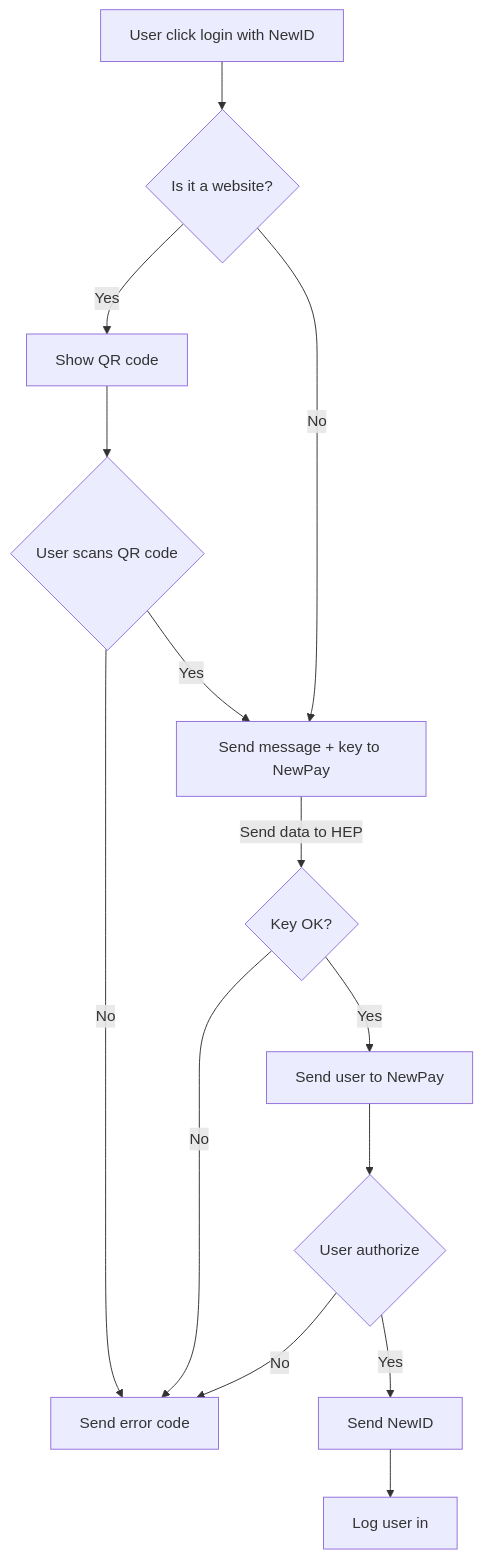
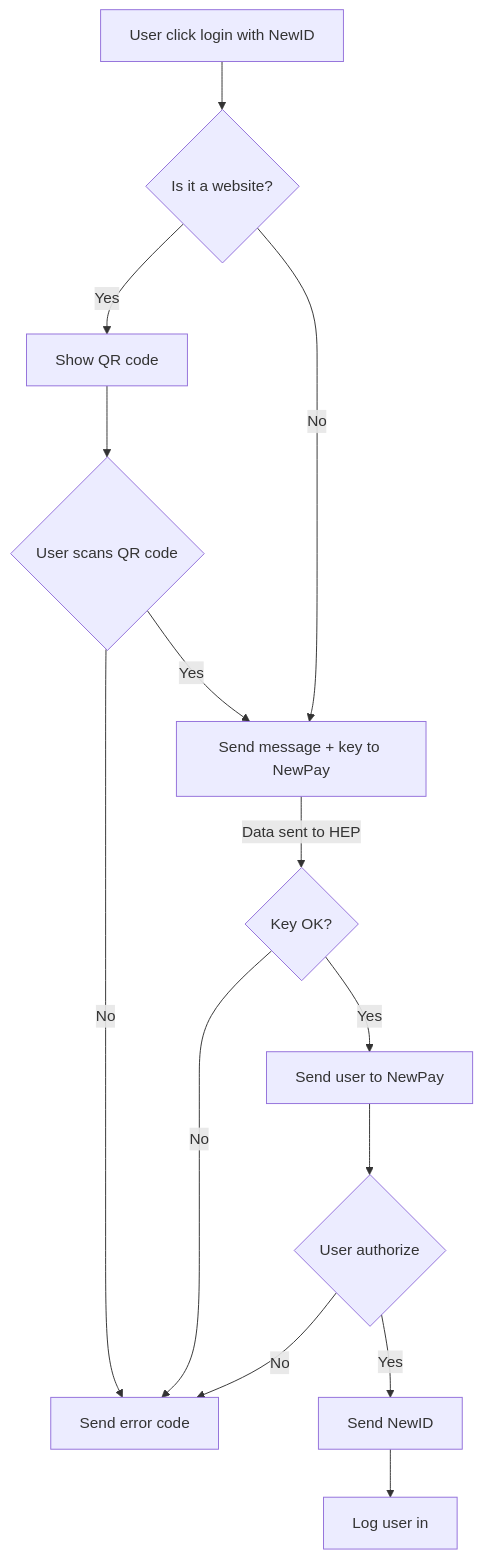
The diagram in login_flowchart.md (newtonproject/HEP-specification), drawn with Mermaid before and after one commit.

````diff
--- a/login_flowchart.md
+++ b/login_flowchart.md
@@ -1,17 +1,17 @@
 ```mermaid
 graph TD
 Click[User click login with NewID] --> web_check{Is it a website?}
 web_check--> |Yes| qr[Show QR code]
 web_check--> |No| send_req_newpay
 qr --> user_scan{User scans QR code}
 user_scan-->|No| Err
 user_scan-->|Yes| send_req_newpay
 send_req_newpay[Send message + key to NewPay];
-send_req_newpay --> |Send data to HEP| check_key{Key OK?}
+send_req_newpay --> |Data sent to HEP| check_key{Key OK?}
 check_key -->|No| Err[Send error code]
 check_key -->|Yes| redirect_newpay[Send user to NewPay]
 redirect_newpay --> user_auth_ask{User authorize}
 user_auth_ask-->|No| Err
 user_auth_ask-->|Yes| send_newid[Send NewID]
 send_newid --> login_user[Log user in]
 ```
````
